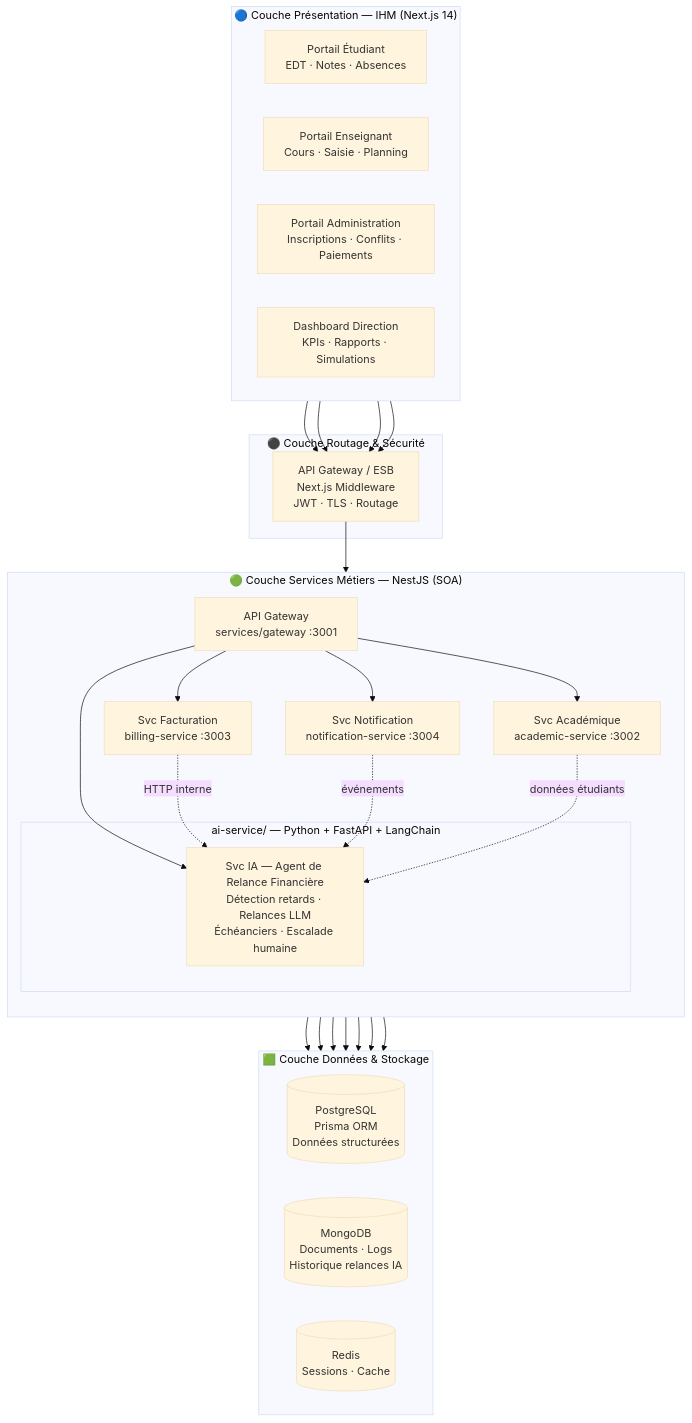
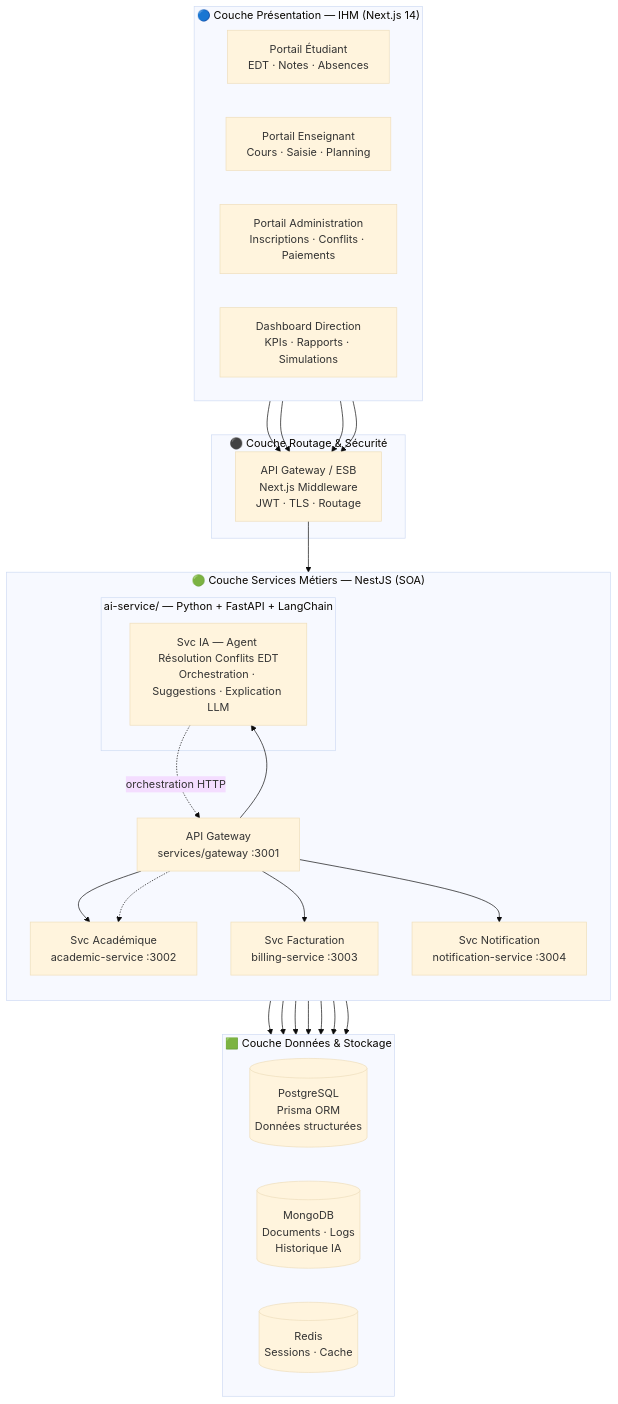
The first of 4 diagrams in docs/architecture-soa.md (novacampus-alliance/novacampus_alliance), drawn with Mermaid (base theme) before and after one commit. The commit also changed other lines of this file and 38 other files, not shown here.

First line of the commit message:
feat(m7): agent IA resolution des conflits EDT

````diff
--- a/docs/architecture-soa.md
+++ b/docs/architecture-soa.md
@@ -9,44 +9,43 @@
 ```mermaid
 flowchart TB
     subgraph PRESENTATION["🔵 Couche Présentation — IHM (Next.js 14)"]
         direction LR
         PE["Portail Étudiant<br/>EDT · Notes · Absences"]
         PEN["Portail Enseignant<br/>Cours · Saisie · Planning"]
         PA["Portail Administration<br/>Inscriptions · Conflits · Paiements"]
         PD["Dashboard Direction<br/>KPIs · Rapports · Simulations"]
     end
 
     subgraph GATEWAY["⚫ Couche Routage & Sécurité"]
         GW["API Gateway / ESB<br/>Next.js Middleware<br/>JWT · TLS · Routage"]
     end
 
     subgraph SERVICES["🟢 Couche Services Métiers — NestJS (SOA)"]
         direction TB
         GW2["API Gateway<br/>services/gateway :3001"]
         SA["Svc Académique<br/>academic-service :3002"]
         SF["Svc Facturation<br/>billing-service :3003"]
         SN["Svc Notification<br/>notification-service :3004"]
         subgraph AI["ai-service/ — Python + FastAPI + LangChain"]
-            SIA["Svc IA — Agent de Relance Financière<br/>Détection retards · Relances LLM<br/>Échéanciers · Escalade humaine"]
+            SIA["Svc IA — Agent Résolution Conflits EDT<br/>Orchestration · Suggestions · Explication LLM"]
         end
     end
 
     subgraph DATA["🟩 Couche Données & Stockage"]
         direction LR
         PG[("PostgreSQL<br/>Prisma ORM<br/>Données structurées")]
-        MG[("MongoDB<br/>Documents · Logs<br/>Historique relances IA")]
+        MG[("MongoDB<br/>Documents · Logs<br/>Historique IA")]
         RD[("Redis<br/>Sessions · Cache")]
     end
 
     PE & PEN & PA & PD --> GW
     GW --> GW2
     GW2 --> SA & SF & SN & SIA
 
     SA --> PG
     SF --> PG & MG
     SN --> MG & RD
     SIA --> MG & RD
-    SF -.->|HTTP interne| SIA
-    SN -.->|événements| SIA
-    SA -.->|données étudiants| SIA
+    SIA -.->|orchestration HTTP| GW2
+    GW2 -.-> SA
 ```
````
